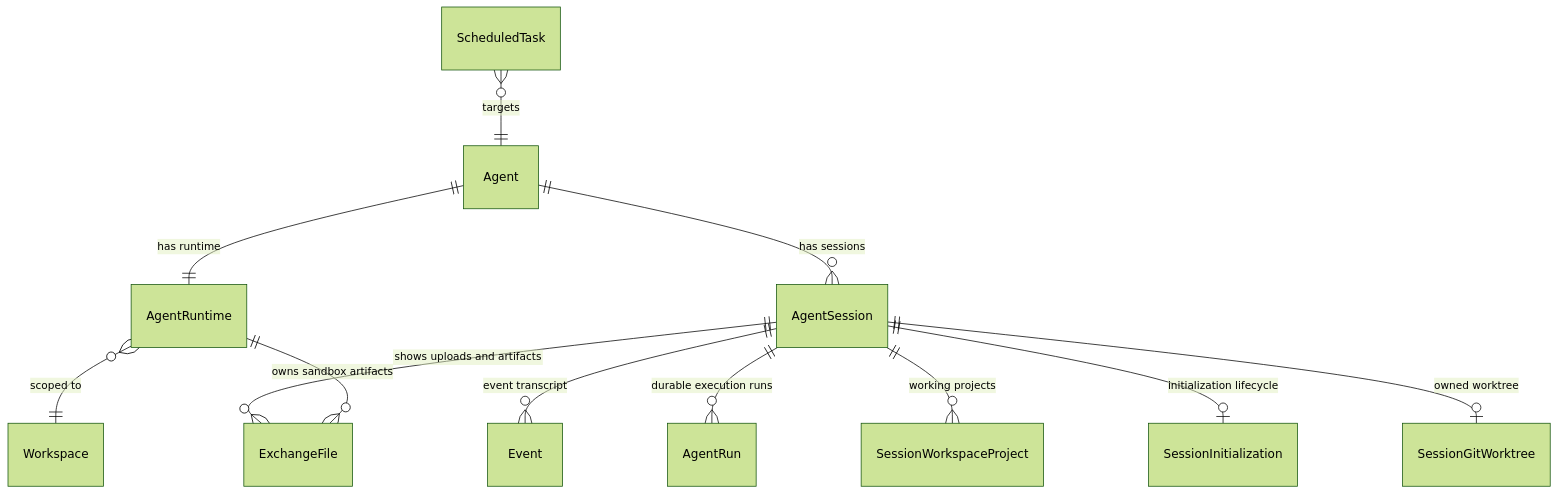
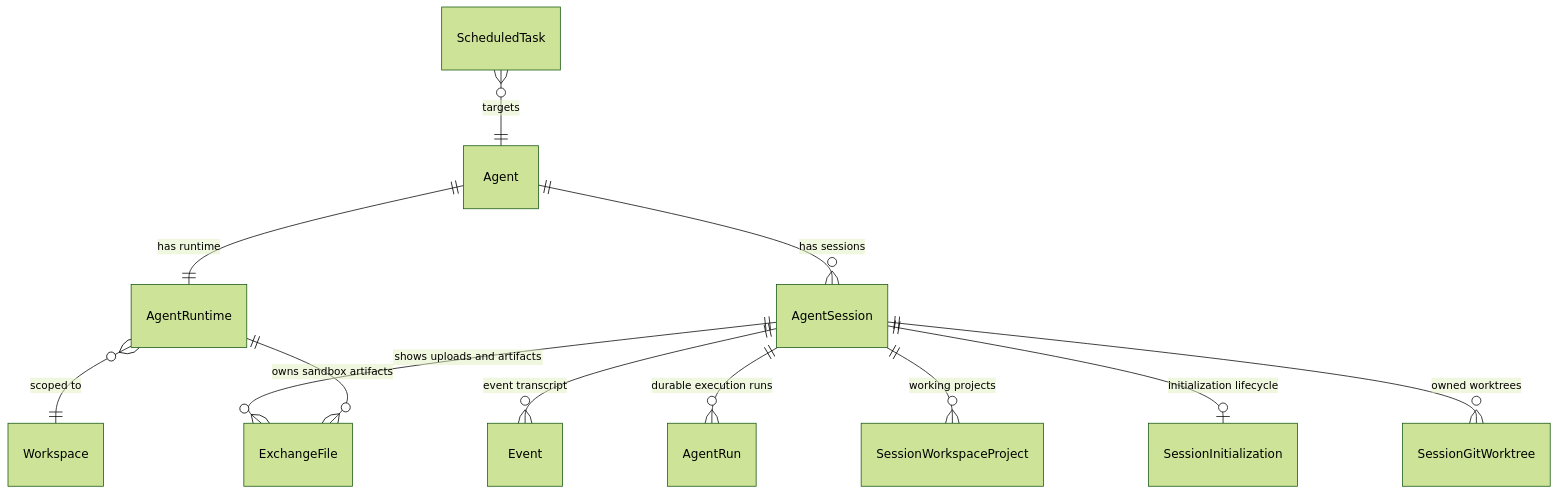
The diagram in docs/azents/spec/domain/conversation.md (azents/azents), drawn with Mermaid (forest theme) before and after one commit. The commit also changed other lines of this file and 6 other files, not shown here.

Commit message:
docs(session): promote multi-worktree registration specs

````diff
--- a/docs/azents/spec/domain/conversation.md
+++ b/docs/azents/spec/domain/conversation.md
@@ -104,14 +105,14 @@
 ```mermaid
 erDiagram
     Agent ||--|| AgentRuntime : "has runtime"
     Agent ||--o{ AgentSession : "has sessions"
     AgentRuntime }o--|| Workspace : "scoped to"
     AgentSession ||--o{ Event : "event transcript"
     AgentSession ||--o{ AgentRun : "durable execution runs"
     AgentSession ||--o{ ExchangeFile : "shows uploads and artifacts"
     AgentSession ||--o{ SessionWorkspaceProject : "working projects"
     AgentSession ||--o| SessionInitialization : "initialization lifecycle"
-    AgentSession ||--o| SessionGitWorktree : "owned worktree"
+    AgentSession ||--o{ SessionGitWorktree : "owned worktrees"
     AgentRuntime ||--o{ ExchangeFile : "owns sandbox artifacts"
     ScheduledTask }o--|| Agent : "targets"
 ```
````
